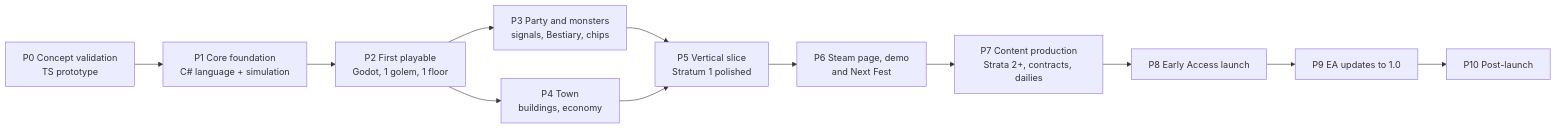
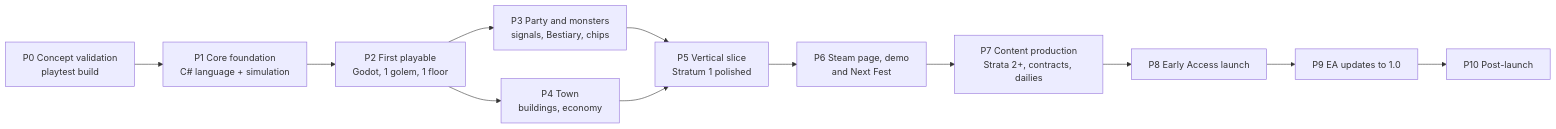
The diagram in delvework/docs/ROADMAP.md (Streats22/the_idea_was_replaced), drawn with Mermaid before and after one commit. The commit also changed other lines of this file and 193 other files, not shown here.

````diff
--- a/delvework/docs/ROADMAP.md
+++ b/delvework/docs/ROADMAP.md
@@ -73,14 +73,14 @@
 ```mermaid
 flowchart LR
-  P0[P0 Concept validation<br/>TS prototype] --> P1[P1 Core foundation<br/>C# language + simulation]
+  P0[P0 Concept validation<br/>playtest build] --> P1[P1 Core foundation<br/>C# language + simulation]
   P1 --> P2[P2 First playable<br/>Godot, 1 golem, 1 floor]
   P2 --> P3[P3 Party and monsters<br/>signals, Bestiary, chips]
   P2 --> P4[P4 Town<br/>buildings, economy]
   P3 --> P5[P5 Vertical slice<br/>Stratum 1 polished]
   P4 --> P5
   P5 --> P6[P6 Steam page, demo<br/>and Next Fest]
   P6 --> P7[P7 Content production<br/>Strata 2+, contracts, dailies]
   P7 --> P8[P8 Early Access launch]
   P8 --> P9[P9 EA updates to 1.0]
   P9 --> P10[P10 Post-launch]
 ```
````
